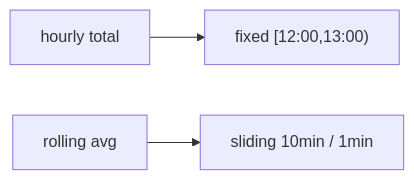
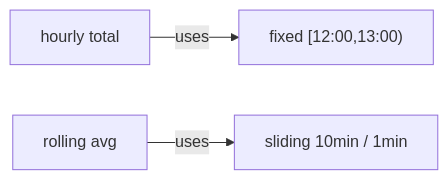
The tenth of 19 diagrams in docs/ch04-advanced-windowing.md (vinayakuber/streaming-systems-study-guide), drawn with Mermaid before and after one commit. The commit also changed other lines of this file and 22 other files, not shown here.

First line of the commit message:
R18: label every diagram arrow with its meaning

````diff
--- a/docs/ch04-advanced-windowing.md
+++ b/docs/ch04-advanced-windowing.md
@@ -261,5 +261,5 @@
 ```mermaid
 flowchart LR
-  H["hourly total"] --> F["fixed [12:00,13:00)"]
-  R["rolling avg"] --> S["sliding 10min / 1min"]
+  H["hourly total"] -->|"uses"| F["fixed [12:00,13:00)"]
+  R["rolling avg"] -->|"uses"| S["sliding 10min / 1min"]
 ```
````
